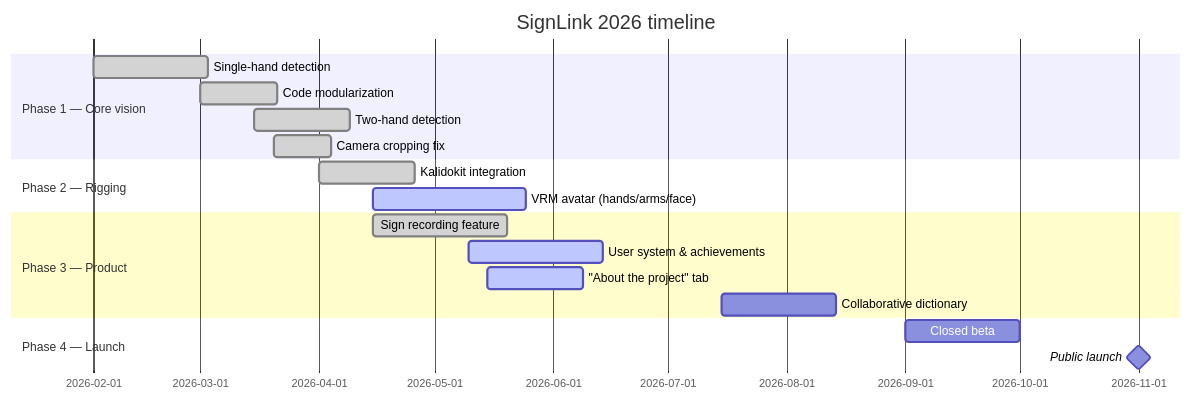
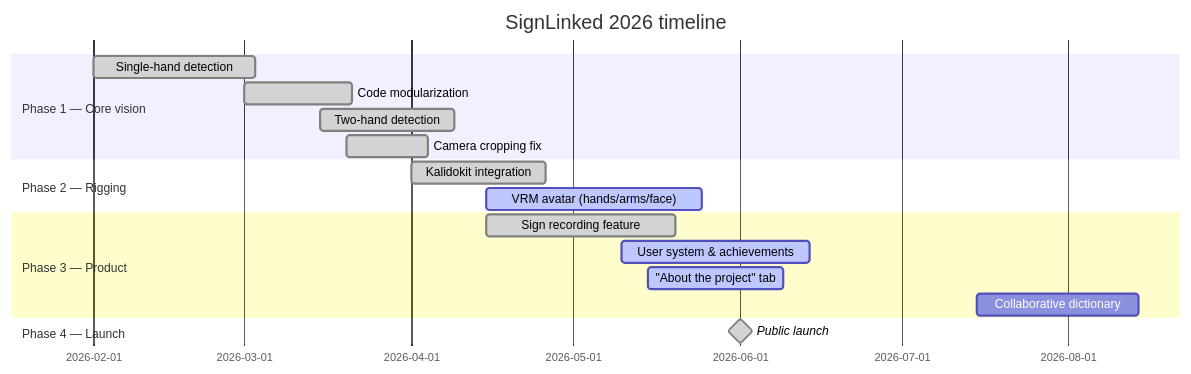
One commit to GabrielFEmilio/signlink-showcase changed the third of 3 diagrams in README.md. Above: the diagram before and after it, drawn with Mermaid. The commit also changed other lines of this file, not shown here.

Commit message:
Rename SignLink to SignLinked and update status

````diff
--- a/README.md
+++ b/README.md
@@ -258,21 +263,20 @@
 ```mermaid
 gantt
-    title SignLink 2026 timeline
+    title SignLinked 2026 timeline
     dateFormat YYYY-MM-DD
     section Phase 1 — Core vision
     Single-hand detection         :done,    f1a, 2026-02-01, 30d
     Code modularization           :done,    f1b, 2026-03-01, 20d
     Two-hand detection            :done,    f1c, 2026-03-15, 25d
     Camera cropping fix           :done,    f1d, 2026-03-20, 15d
     section Phase 2 — Rigging
     Kalidokit integration         :done,    f2a, 2026-04-01, 25d
     VRM avatar (hands/arms/face)  :active,  f2b, 2026-04-15, 40d
     section Phase 3 — Product
     Sign recording feature        :done,    f3b, 2026-04-15, 35d
     User system & achievements    :active,  f3a, 2026-05-10, 35d
     "About the project" tab       :active,  f3c, 2026-05-15, 25d
     Collaborative dictionary      :         f3d, 2026-07-15, 30d
     section Phase 4 — Launch
-    Closed beta                   :         f4a, 2026-09-01, 30d
-    Public launch                 :milestone, f4b, 2026-11-01, 0d
+    Public launch                 :milestone, done, f4b, 2026-06-01, 0d
 ```
````
